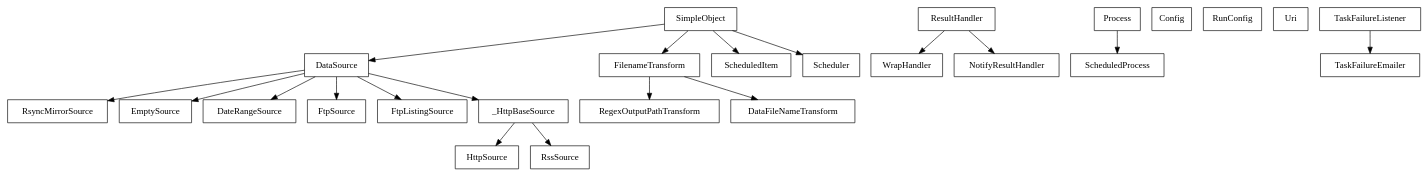
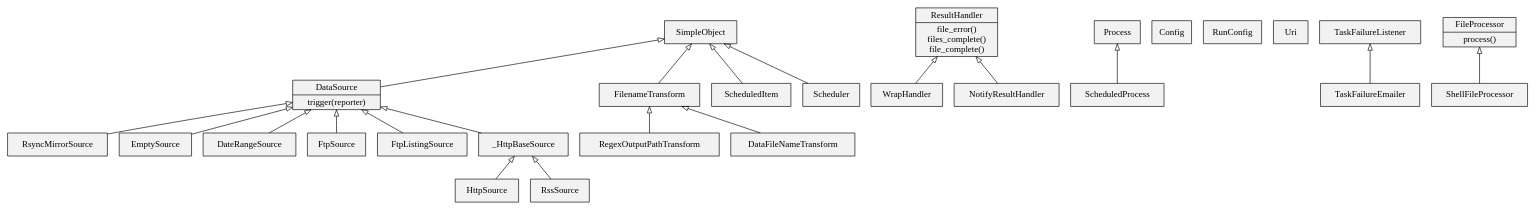
Before and after one commit to GeoscienceAustralia/fetch: the diagram in docs/fetch.dot, drawn with Graphviz.

Commit message:
Elaborate the class diagram

```diff
--- a/docs/fetch.dot
+++ b/docs/fetch.dot
@@ -1,50 +1,55 @@
 digraph fetch {
 
+	node[shape=record,style=filled,fillcolor=gray95]
+	edge[dir=back, arrowtail=empty]
+
 	SimpleObject [shape=box];
-	DataSource [shape=box];
+	4[label="{DataSource|trigger(reporter)}"];
 	RsyncMirrorSource [shape=box];
 	EmptySource [shape=box];
 	DateRangeSource [shape=box];
 	FtpSource [shape=box];
 	FtpListingSource [shape=box];
 	_HttpBaseSource [shape=box];
 	HttpSource [shape=box];
 	RssSource [shape=box];
 	FilenameTransform [shape=box];
 	RegexOutputPathTransform [shape=box];
 	DataFileNameTransform [shape=box];
-	ResultHandler [shape=box];
 	WrapHandler [shape=box];
 	ScheduledItem [shape=box];
 	Process [shape=box];
 	ScheduledProcess [shape=box];
 	Scheduler[shape=box];
 	Config[shape=box];
 	RunConfig[shape=box];
 	Uri[shape=box];
 	TaskFailureListener[shape=box];
 	TaskFailureEmailer[shape=box];
-	ResultHandler[shape=box];
-	NotifyResultHandler[shape=box];
+	5[label="{ResultHandler|file_error()\nfiles_complete()\nfile_complete()}"];
+	6[label="{NotifyResultHandler}"];
+	2[label="{FileProcessor|process()}"];
+	3[label="{ShellFileProcessor}"];
 
-	SimpleObject -> DataSource;
-	DataSource -> RsyncMirrorSource;
-	DataSource -> EmptySource;
-	DataSource -> DateRangeSource;
-	DataSource -> FtpSource;
-	DataSource -> FtpListingSource;
-	DataSource -> _HttpBaseSource;
+	SimpleObject -> 4;
+	4 -> RsyncMirrorSource;
+	4 -> EmptySource;
+	4 -> DateRangeSource;
+	4 -> FtpSource;
+	4 -> FtpListingSource;
+	4 -> _HttpBaseSource;
 	_HttpBaseSource -> HttpSource;
 	_HttpBaseSource -> RssSource;
 
 	SimpleObject -> FilenameTransform;
         FilenameTransform -> RegexOutputPathTransform;
         FilenameTransform -> DataFileNameTransform;
 
 	SimpleObject -> ScheduledItem;
 	SimpleObject -> Scheduler;
 	TaskFailureListener -> TaskFailureEmailer;
-	ResultHandler -> NotifyResultHandler;
-	ResultHandler -> WrapHandler;
+	5 -> 6;
+	5 -> WrapHandler;
 	Process -> ScheduledProcess;
+	2 -> 3;
 }        
```
